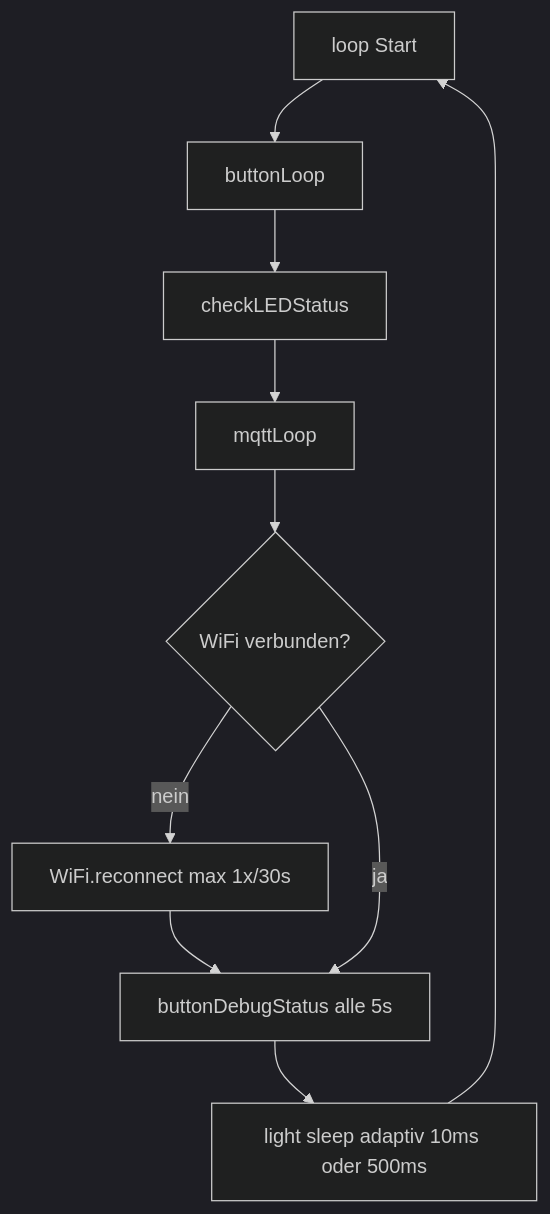
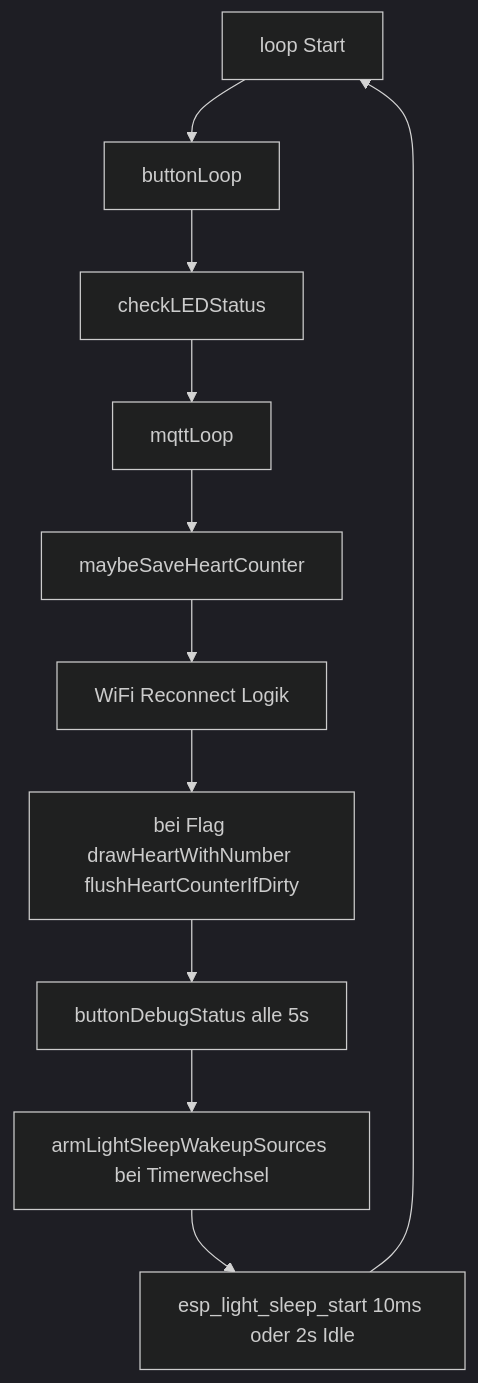
One commit to EyJunge1/chaya2mqtt changed the fourth of 4 diagrams in docs/ARCHITECTURE.md. Above: the diagram before and after it, drawn with Mermaid (dark theme). The commit also changed other lines of this file and 3 other files, not shown here.

First line of the commit message:
Enhance architecture and module documentation for light sleep and MQTT handling

````diff
--- a/docs/ARCHITECTURE.md
+++ b/docs/ARCHITECTURE.md
@@ -100,17 +103,15 @@
 ```mermaid
 flowchart TD
     start[loop Start]
     btn[buttonLoop]
     led[checkLEDStatus]
     mq[mqttLoop]
-    wifi{WiFi verbunden?}
-    recon[WiFi.reconnect max 1x/30s]
+    save[maybeSaveHeartCounter]
+    wifi[WiFi Reconnect Logik]
+    redraw[bei Flag drawHeartWithNumber flushHeartCounterIfDirty]
     dbg[buttonDebugStatus alle 5s]
-    wait[light sleep adaptiv 10ms oder 500ms]
+    arm[armLightSleepWakeupSources bei Timerwechsel]
+    wait[esp_light_sleep_start 10ms oder 2s Idle]
 
-    start --> btn --> led --> mq
-    mq --> wifi
-    wifi -->|nein| recon --> dbg
-    wifi -->|ja| dbg
-    dbg --> wait --> start
+    start --> btn --> led --> mq --> save --> wifi --> redraw --> dbg --> arm --> wait --> start
 ```
````
